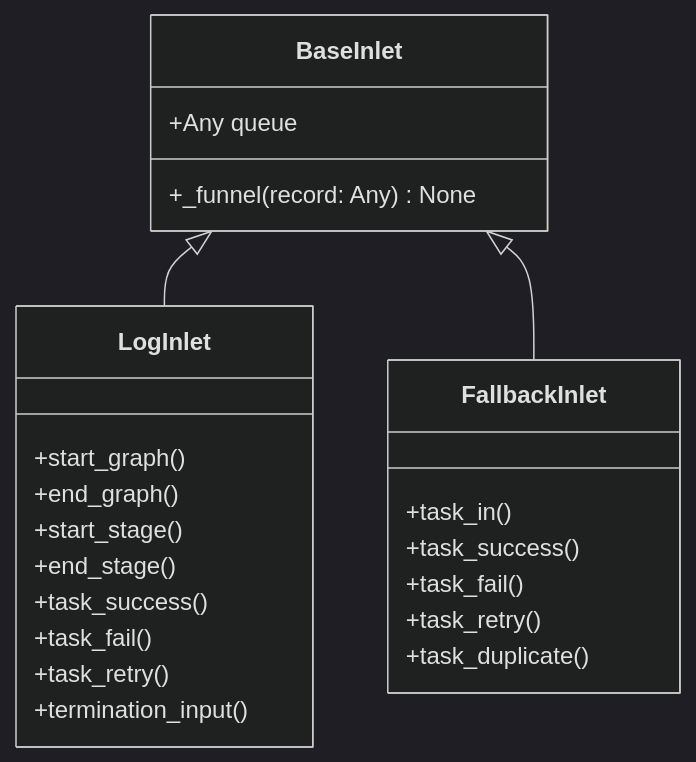
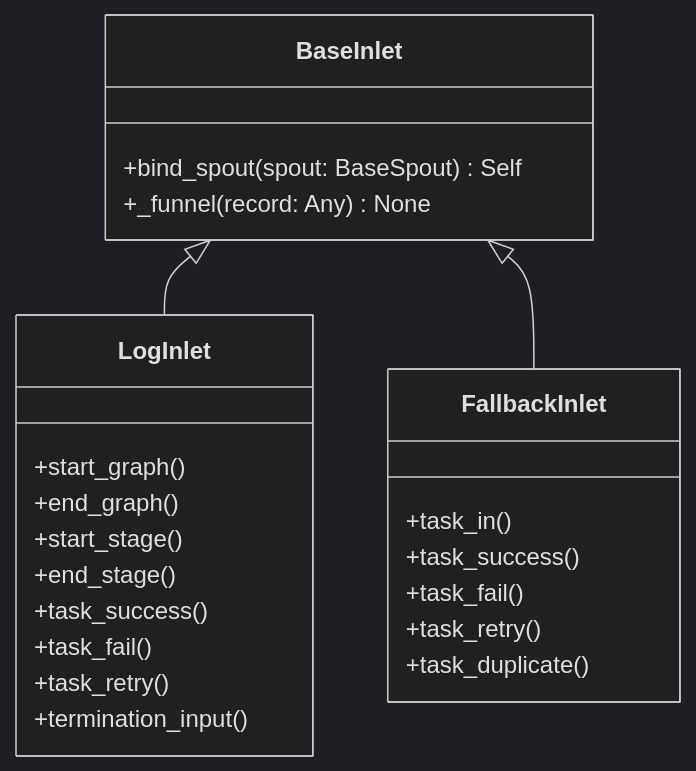
One commit to Mr-xiaotian/CelestialFlow changed the diagram in docs/zh-CN/src/funnel/core_inlet.md. Above: the diagram before and after it, drawn with Mermaid (dark theme). The commit also changed other lines of this file and 67 other files, not shown here.

````diff
--- a/docs/zh-CN/src/funnel/core_inlet.md
+++ b/docs/zh-CN/src/funnel/core_inlet.md
@@ -42,26 +67,26 @@
 ```mermaid
 classDiagram
     class BaseInlet {
-        +Any queue
+        +bind_spout(spout: BaseSpout) Self
         +_funnel(record: Any) None
     }
     class LogInlet {
         +start_graph()
         +end_graph()
         +start_stage()
         +end_stage()
         +task_success()
         +task_fail()
         +task_retry()
         +termination_input()
     }
     class FallbackInlet {
         +task_in()
         +task_success()
         +task_fail()
         +task_retry()
         +task_duplicate()
     }
     BaseInlet <|-- LogInlet
     BaseInlet <|-- FallbackInlet
 ```
````
